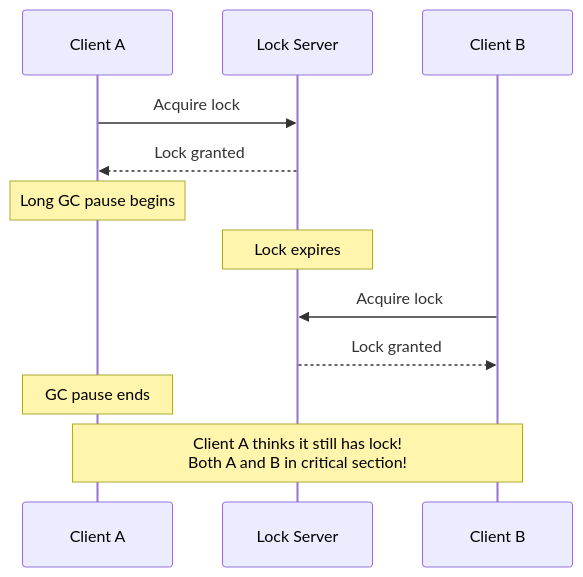
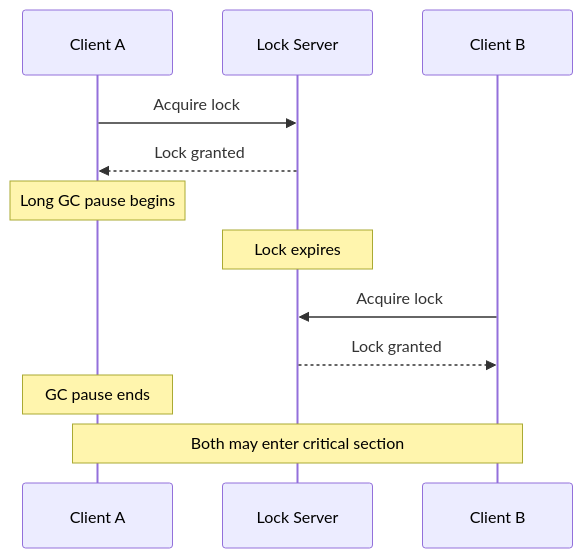
One commit to kube-dojo/kube-dojo changed the fifth of 6 diagrams in src/content/docs/platform/foundations/distributed-systems/module-5.2-consensus-and-coordination.md. Above: the diagram before and after it, drawn with Mermaid. The commit also changed other lines of this file and 4 other files, not shown here.

````diff
--- a/src/content/docs/platform/foundations/distributed-systems/module-5.2-consensus-and-coordination.md
+++ b/src/content/docs/platform/foundations/distributed-systems/module-5.2-consensus-and-coordination.md
@@ -586,15 +311,15 @@
 ```mermaid
 sequenceDiagram
     participant A as Client A
     participant S as Lock Server
     participant B as Client B
 
     A->>S: Acquire lock
     S-->>A: Lock granted
     Note over A: Long GC pause begins
     Note over S: Lock expires
     B->>S: Acquire lock
     S-->>B: Lock granted
     Note over A: GC pause ends
-    Note over A, B: Client A thinks it still has lock!<br>Both A and B in critical section!
+    Note over A, B: Both may enter critical section
 ```
````
